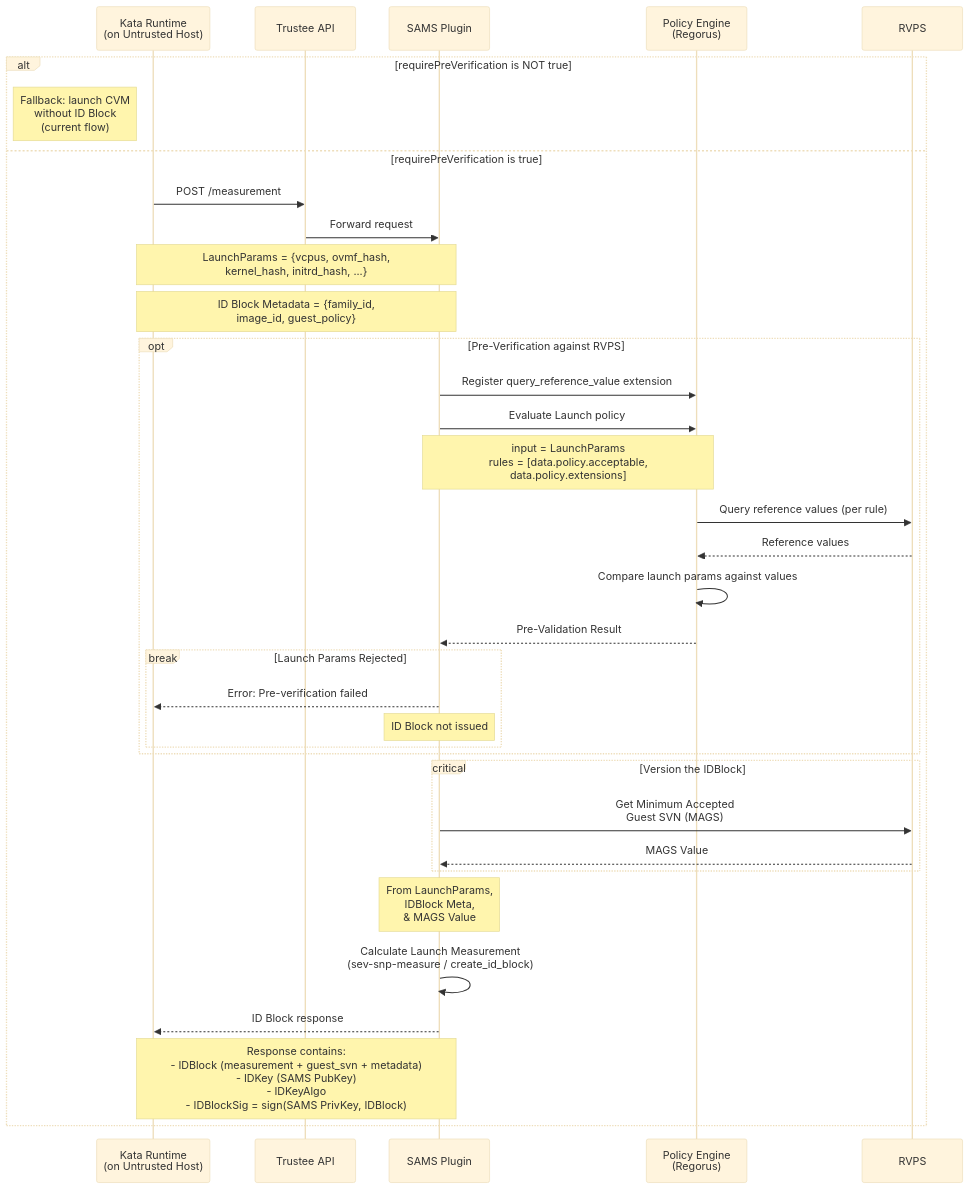
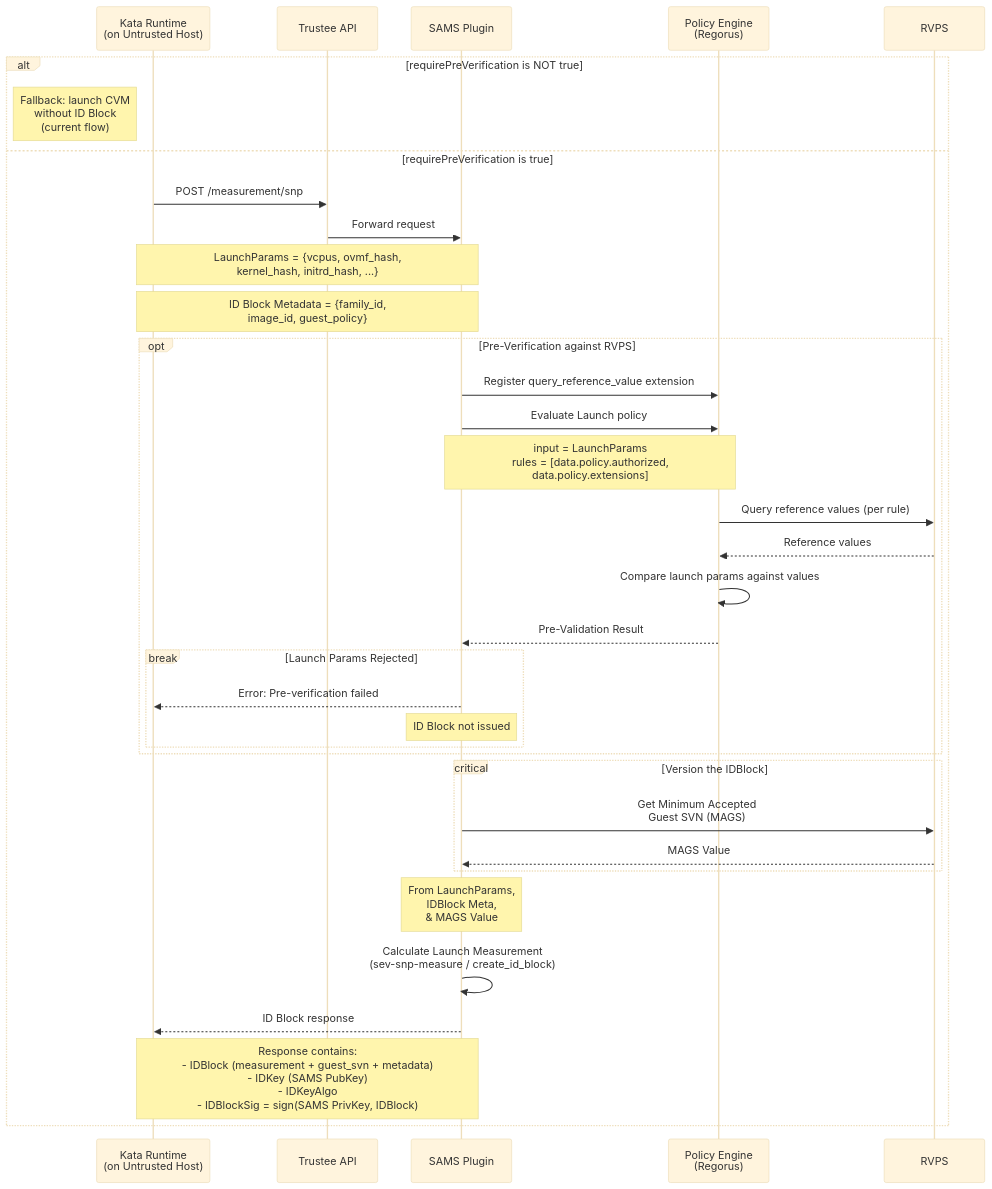
The second of 6 diagrams in kbs/src/plugins/implementations/sams/README.md (amd-cmaxwell/trustee), drawn with Mermaid (base theme) before and after one commit. The commit also changed other lines of this file and 3 other files, not shown here.

````diff
--- a/kbs/src/plugins/implementations/sams/README.md
+++ b/kbs/src/plugins/implementations/sams/README.md
@@ -109,41 +109,41 @@
 ```mermaid
 sequenceDiagram
     participant kata_runtime as Kata Runtime<br>(on Untrusted Host)
     participant api as Trustee API
     participant sams as SAMS Plugin
     participant policy_engine as Policy Engine<br>(Regorus)
     participant rvps as RVPS
 
     alt requirePreVerification is NOT true
         note left of kata_runtime: Fallback: launch CVM<br>without ID Block<br>(current flow)
     else requirePreVerification is true
-        kata_runtime ->> api: POST /measurement
+        kata_runtime ->> api: POST /measurement/snp
         api ->> sams: Forward request
 
         note over kata_runtime, sams: LaunchParams = {vcpus, ovmf_hash,<br>kernel_hash, initrd_hash, ...}
         note over kata_runtime, sams: ID Block Metadata = {family_id,<br>image_id, guest_policy}
 
         opt Pre-Verification against RVPS
             sams ->> policy_engine: Register query_reference_value extension
             sams ->> policy_engine: Evaluate Launch policy
-            note over sams, policy_engine: input = LaunchParams<br>rules = [data.policy.acceptable,<br>data.policy.extensions]
+            note over sams, policy_engine: input = LaunchParams<br>rules = [data.policy.authorized,<br>data.policy.extensions]
             policy_engine ->> rvps: Query reference values (per rule)
             rvps -->> policy_engine: Reference values
             policy_engine ->> policy_engine: Compare launch params against values
             policy_engine -->> sams: Pre-Validation Result
             break Launch Params Rejected
                 sams -->> kata_runtime: Error: Pre-verification failed
                 note over sams: ID Block not issued
             end
         end
 
         critical Version the IDBlock
             sams ->> rvps: Get Minimum Accepted <br>Guest SVN (MAGS)
             rvps -->> sams: MAGS Value
         end
         note over sams: From LaunchParams,<br> IDBlock Meta,<br> & MAGS Value
         sams ->> sams: Calculate Launch Measurement<br>(sev-snp-measure / create_id_block)
         sams -->> kata_runtime: ID Block response
         note over sams, kata_runtime: Response contains:<br>- IDBlock (measurement + guest_svn + metadata)<br>- IDKey (SAMS PubKey)<br>- IDKeyAlgo<br>- IDBlockSig = sign(SAMS PrivKey, IDBlock)
     end
 ```
````
